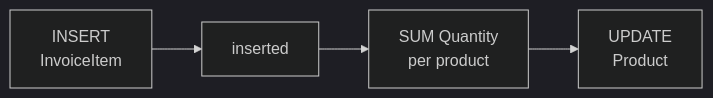
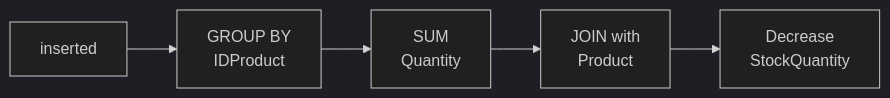
Diagram 16 of 25 in labs/lab02-triggers.md (tjovic/database-design-labs-public), drawn with Mermaid (dark theme) before and after one commit. The commit also changed other lines of this file, not shown here.

````diff
--- a/labs/lab02-triggers.md
+++ b/labs/lab02-triggers.md
@@ -1716,6 +1729,7 @@
 ```mermaid
 flowchart LR
-    A["INSERT<br/>InvoiceItem"] --> B["inserted"]
-    B --> C["SUM Quantity<br/>per product"]
-    C --> D["UPDATE<br/>Product"]
+    A["inserted"] --> B["GROUP BY<br/>IDProduct"]
+    B --> C["SUM<br/>Quantity"]
+    C --> D["JOIN with<br/>Product"]
+    D --> E["Decrease<br/>StockQuantity"]
 ```
````
